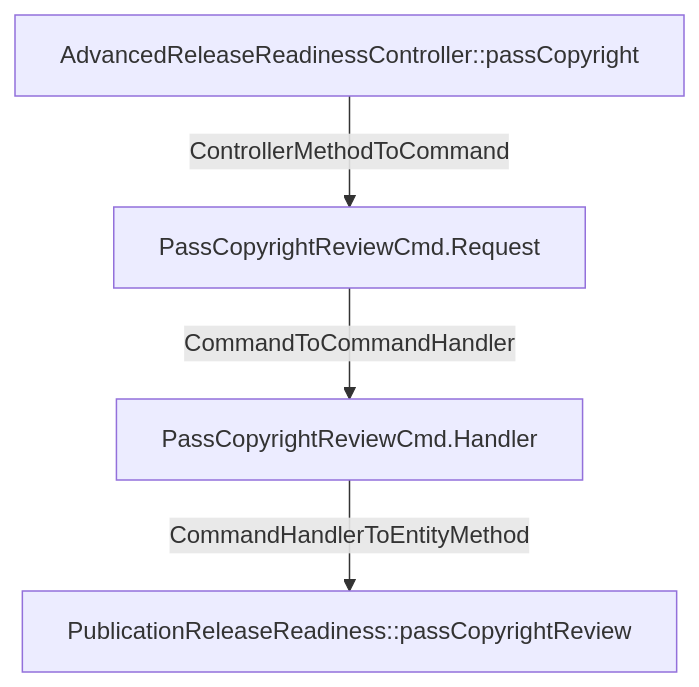
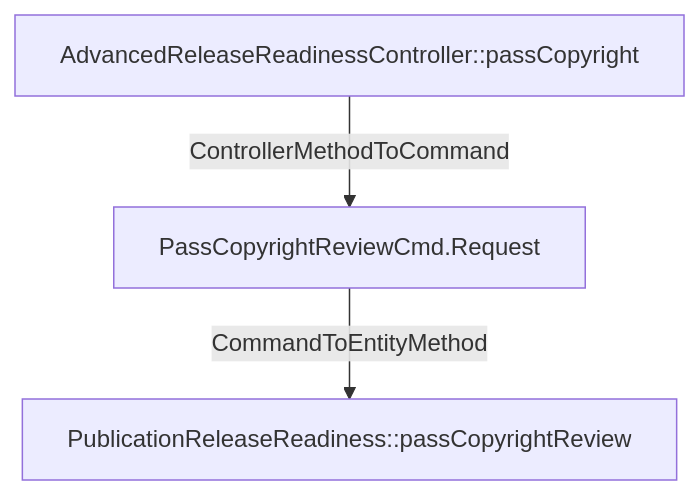
One commit to LDmoxeii/cap4k-reference-content-studio changed the diagram in analysis/flows/com_only4_cap4k_reference_contentstudio_adapter_http_AdvancedReleaseReadinessCon_8e5b89c7.mmd. Above: the diagram before and after it, drawn with Mermaid. The commit also changed 32 other files, not shown here.

Commit message:
chore: regenerate analysis flows

```diff
--- a/analysis/flows/com_only4_cap4k_reference_contentstudio_adapter_http_AdvancedReleaseReadinessCon_8e5b89c7.mmd
+++ b/analysis/flows/com_only4_cap4k_reference_contentstudio_adapter_http_AdvancedReleaseReadinessCon_8e5b89c7.mmd
@@ -1,8 +1,6 @@
 flowchart TD
   N1[AdvancedReleaseReadinessController::passCopyright]
-  N2[PassCopyrightReviewCmd.Handler]
-  N3[PassCopyrightReviewCmd.Request]
-  N4[PublicationReleaseReadiness::passCopyrightReview]
-  N1 -->|ControllerMethodToCommand| N3
-  N2 -->|CommandHandlerToEntityMethod| N4
-  N3 -->|CommandToCommandHandler| N2
+  N2[PassCopyrightReviewCmd.Request]
+  N3[PublicationReleaseReadiness::passCopyrightReview]
+  N1 -->|ControllerMethodToCommand| N2
+  N2 -->|CommandToEntityMethod| N3
```
